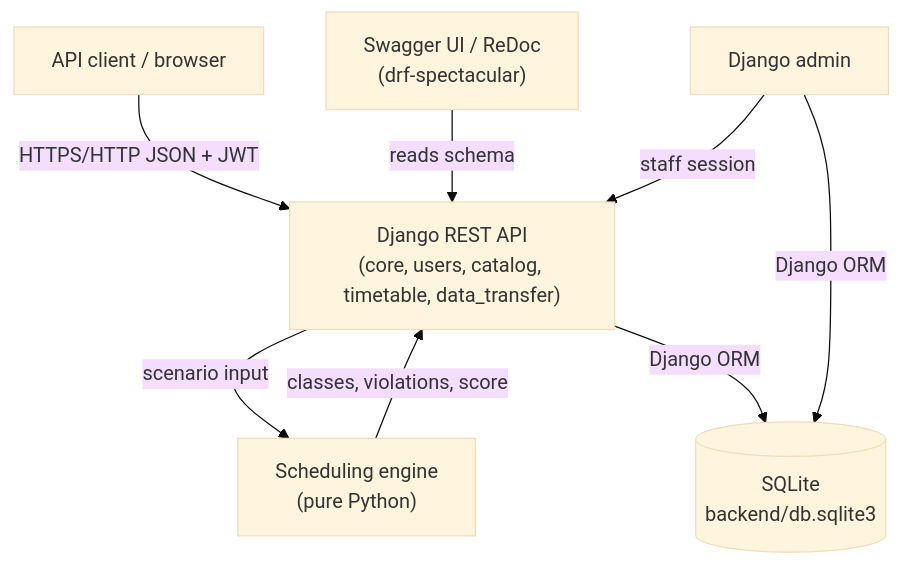
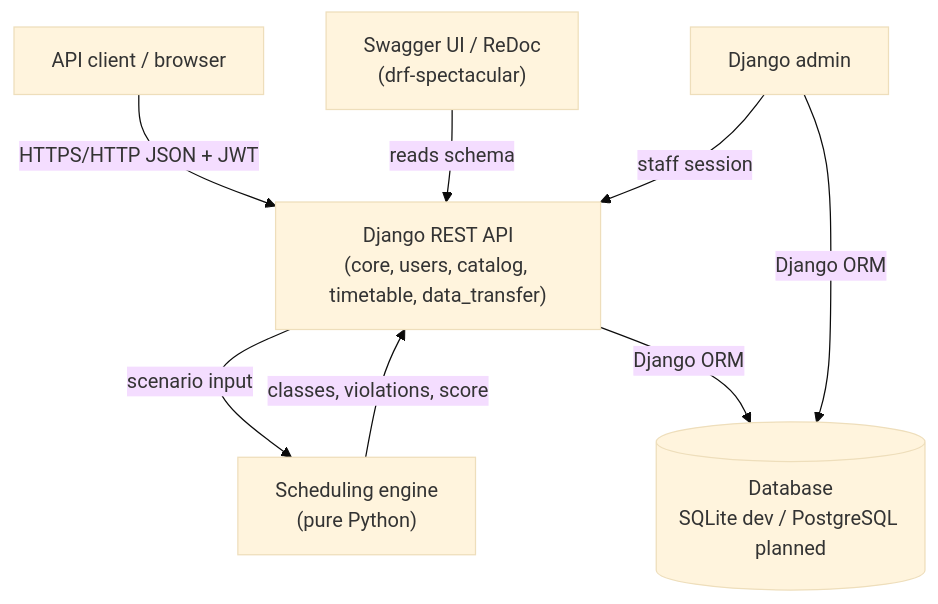
One commit to rkenbperez/Schedule-System changed the third of 4 diagrams in docs/architecture.md. Above: the diagram before and after it, drawn with Mermaid (base theme). The commit also changed other lines of this file and 18 other files, not shown here.

````diff
--- a/docs/architecture.md
+++ b/docs/architecture.md
@@ -61,17 +61,17 @@
 ```mermaid
 flowchart TB
     Browser["API client / browser"]
     Swagger["Swagger UI / ReDoc\n(drf-spectacular)"]
     AdminUI["Django admin"]
     API["Django REST API\n(core, users, catalog, timetable, data_transfer)"]
     Scheduler["Scheduling engine\n(pure Python)"]
-    DB[("SQLite\nbackend/db.sqlite3")]
+    DB[("Database\nSQLite dev / PostgreSQL planned")]
 
     Browser -->|"HTTPS/HTTP JSON + JWT"| API
     Swagger -->|"reads schema"| API
     AdminUI -->|"staff session"| API
     API -->|"scenario input"| Scheduler
     Scheduler -->|"classes, violations, score"| API
     API -->|"Django ORM"| DB
     AdminUI -->|"Django ORM"| DB
 ```
````
